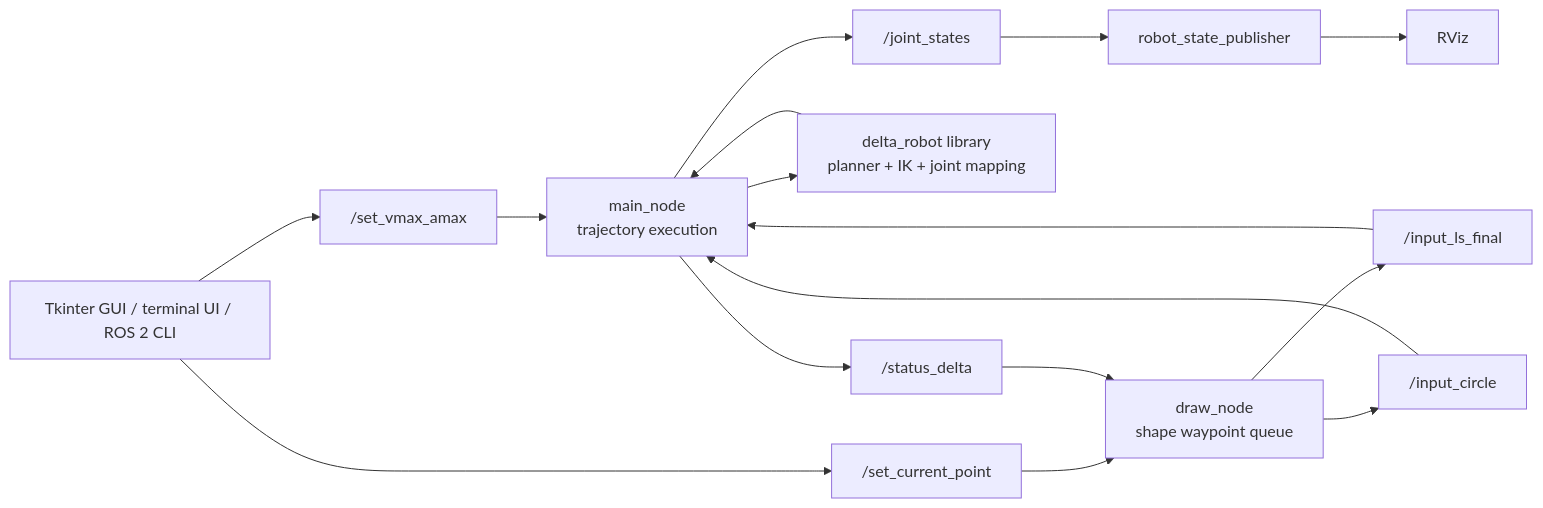
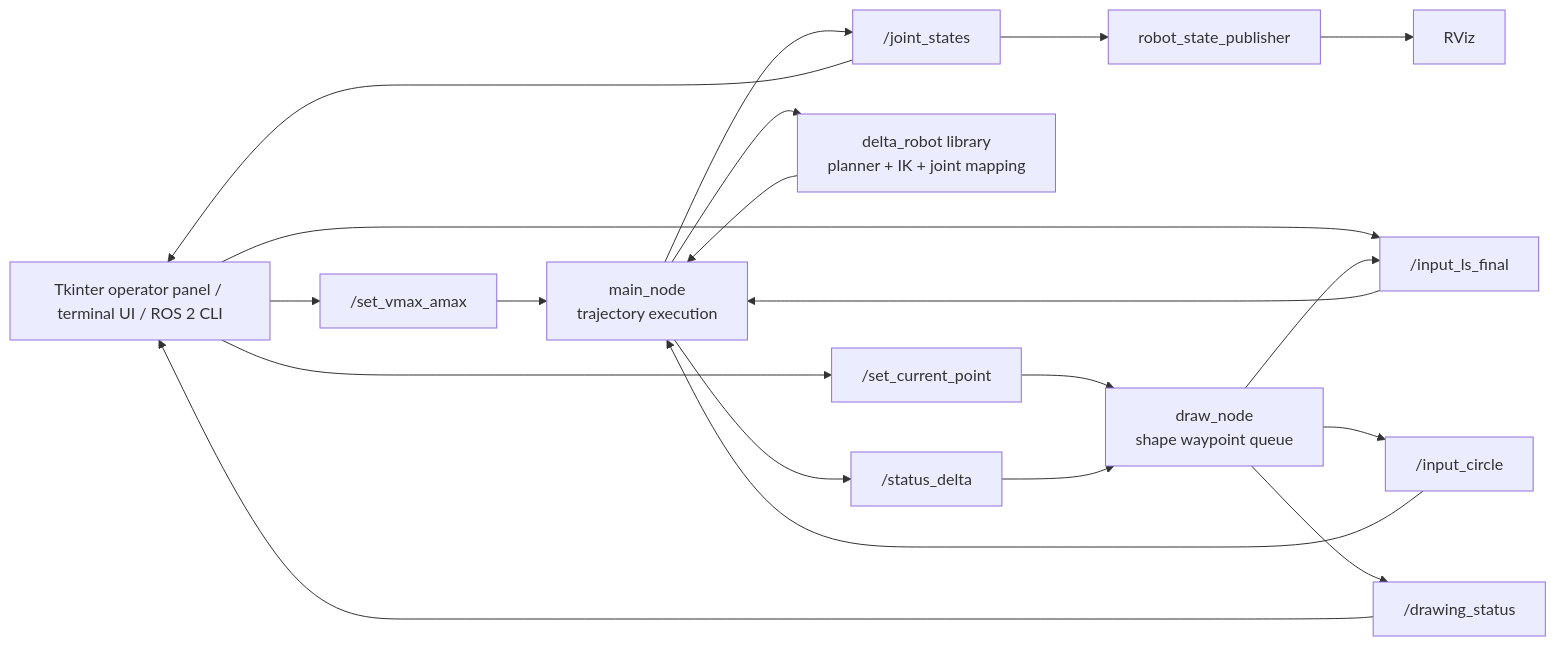
One commit to thanhduong8457/ROS changed the diagram in PROJECT_OVERVIEW.md. Above: the diagram before and after it, drawn with Mermaid. The commit also changed other lines of this file and 6 other files, not shown here.

````diff
--- a/PROJECT_OVERVIEW.md
+++ b/PROJECT_OVERVIEW.md
@@ -35,24 +35,28 @@
 ```mermaid
 flowchart LR
-    UI["Tkinter GUI / terminal UI / ROS 2 CLI"]
+    UI["Tkinter operator panel / terminal UI / ROS 2 CLI"]
     LIMITS["/set_vmax_amax"]
     SHAPE["/set_current_point"]
     DRAW["draw_node<br/>shape waypoint queue"]
     SEGMENT["/input_ls_final"]
     CIRCLE["/input_circle"]
     MAIN["main_node<br/>trajectory execution"]
     CORE["delta_robot library<br/>planner + IK + joint mapping"]
     JS["/joint_states"]
     RSP["robot_state_publisher"]
     RVIZ["RViz"]
     STATUS["/status_delta"]
+    DRAW_STATUS["/drawing_status"]
 
     UI --> LIMITS --> MAIN
     UI --> SHAPE --> DRAW
+    UI --> SEGMENT
     DRAW --> SEGMENT --> MAIN
     DRAW --> CIRCLE --> MAIN
     MAIN --> CORE
     CORE --> MAIN
     MAIN --> JS --> RSP --> RVIZ
     MAIN --> STATUS --> DRAW
+    JS --> UI
+    DRAW --> DRAW_STATUS --> UI
 ```
````
